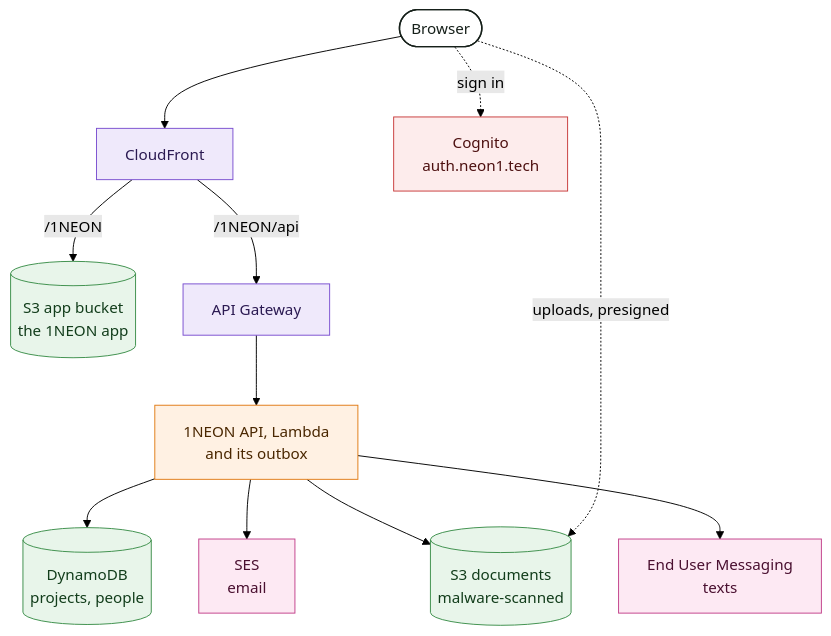
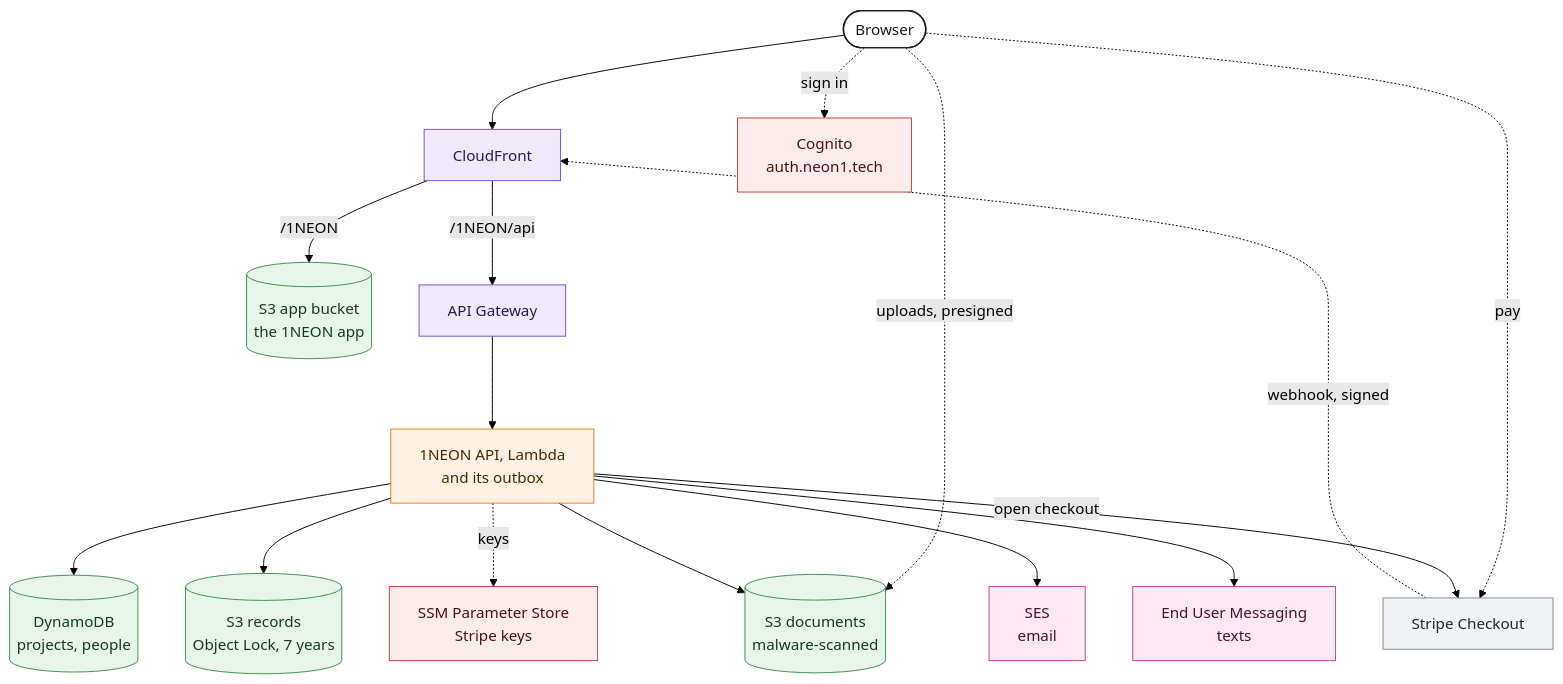
The second of 9 diagrams in corpus/company/architecture.md (neon1llc/neon1-corpus), drawn with Mermaid (forest theme) before and after one commit. The commit also changed other lines of this file and 12 other files, not shown here.

Commit message:
1NEON proposals and billing: guide, service agreement, payment architecture, and paying FAQ

````diff
--- a/corpus/company/architecture.md
+++ b/corpus/company/architecture.md
@@ -57,20 +57,26 @@
 ```mermaid
-%% alt: Diagram of 1NEON. CloudFront serves the 1NEON app from a private S3 bucket and sends /1NEON/api to API Gateway and the 1NEON API Lambda function. The API reads and writes DynamoDB and the S3 documents bucket, sends email through SES, and sends texts through End User Messaging. The browser signs in with Cognito directly and uploads files straight to the documents bucket with a presigned link, where each one is scanned for malware.
+%% alt: Diagram of 1NEON. CloudFront serves the 1NEON app from a private S3 bucket and sends /1NEON/api to API Gateway and the 1NEON API Lambda function. The API reads and writes DynamoDB and the S3 documents bucket, writes locked copies of signatures, invoices, and payments to an S3 records bucket under Object Lock, reads Stripe keys from SSM Parameter Store, sends email through SES, and sends texts through End User Messaging. The browser signs in with Cognito directly, uploads files straight to the documents bucket with a presigned link, where each one is scanned for malware, and pays invoices on Stripe Checkout, which calls the API's webhook at /1NEON/api/billing/stripe.
 flowchart TB
   browser(["Browser"]):::person --> cf["CloudFront"]:::network
   cf -->|"/1NEON"| app[("S3 app bucket<br/>the 1NEON app")]:::storage
   cf -->|"/1NEON/api"| gw["API Gateway"]:::network --> api["1NEON API, Lambda<br/>and its outbox"]:::compute
   browser -.->|sign in| cognito["Cognito<br/>auth.neon1.tech"]:::security
   browser -.->|"uploads, presigned"| docs[("S3 documents<br/>malware-scanned")]:::storage
   api --> ddb[("DynamoDB<br/>projects, people")]:::storage
   api --> docs
+  api --> records[("S3 records<br/>Object Lock, 7 years")]:::storage
+  api -.->|keys| ssm["SSM Parameter Store<br/>Stripe keys"]:::security
+  browser -.->|pay| stripe["Stripe Checkout"]:::external
+  stripe -.->|"webhook, signed"| cf
+  api -->|"open checkout"| stripe
   api --> ses["SES<br/>email"]:::comms
   api --> sms["End User Messaging<br/>texts"]:::comms
 
   classDef person fill:#ffffff,stroke:#16201a,stroke-width:1.5px,color:#16201a
   classDef network fill:#efe9fb,stroke:#7a4fd0,color:#2b1a52
   classDef compute fill:#fff1e3,stroke:#e07b14,color:#4a2700
   classDef storage fill:#e8f5ea,stroke:#3b8f4a,color:#123d1b
   classDef security fill:#fdecec,stroke:#c83b3b,color:#4d1010
   classDef comms fill:#fde9f3,stroke:#c2408a,color:#4a1030
+  classDef external fill:#f1f3f5,stroke:#7b8794,color:#1f2933
 ```
````
